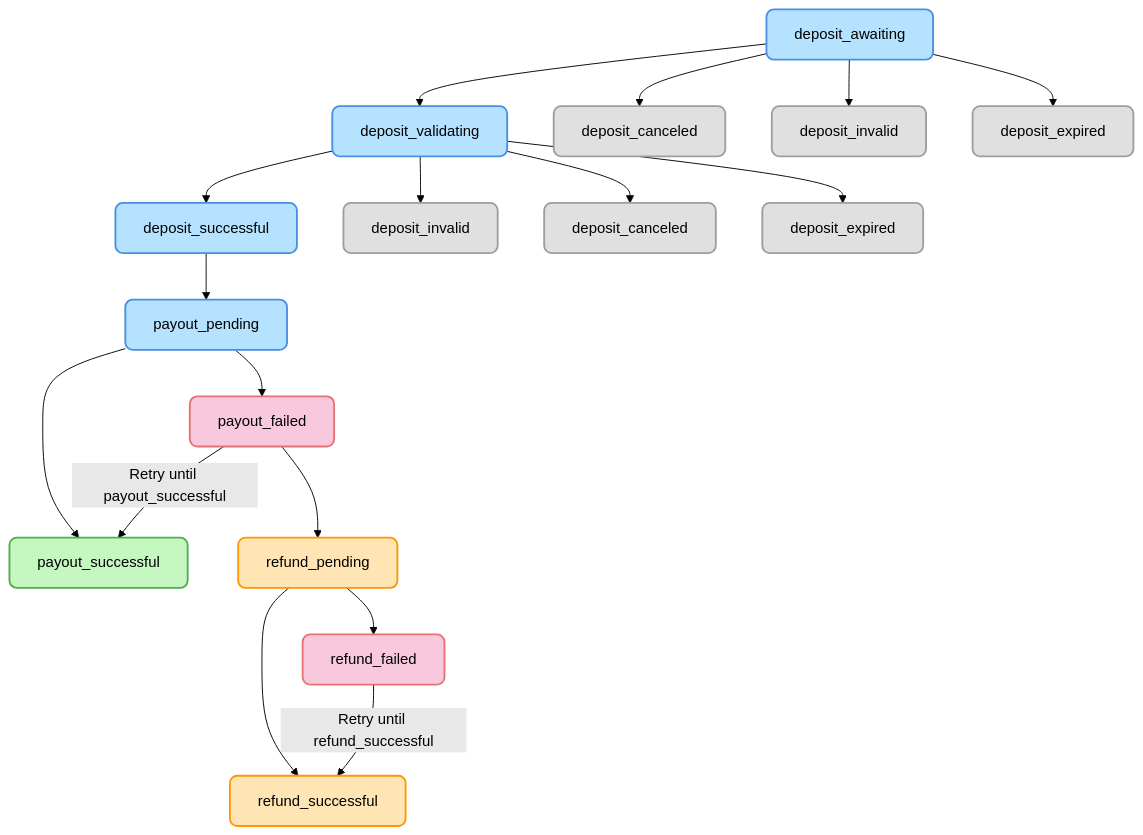
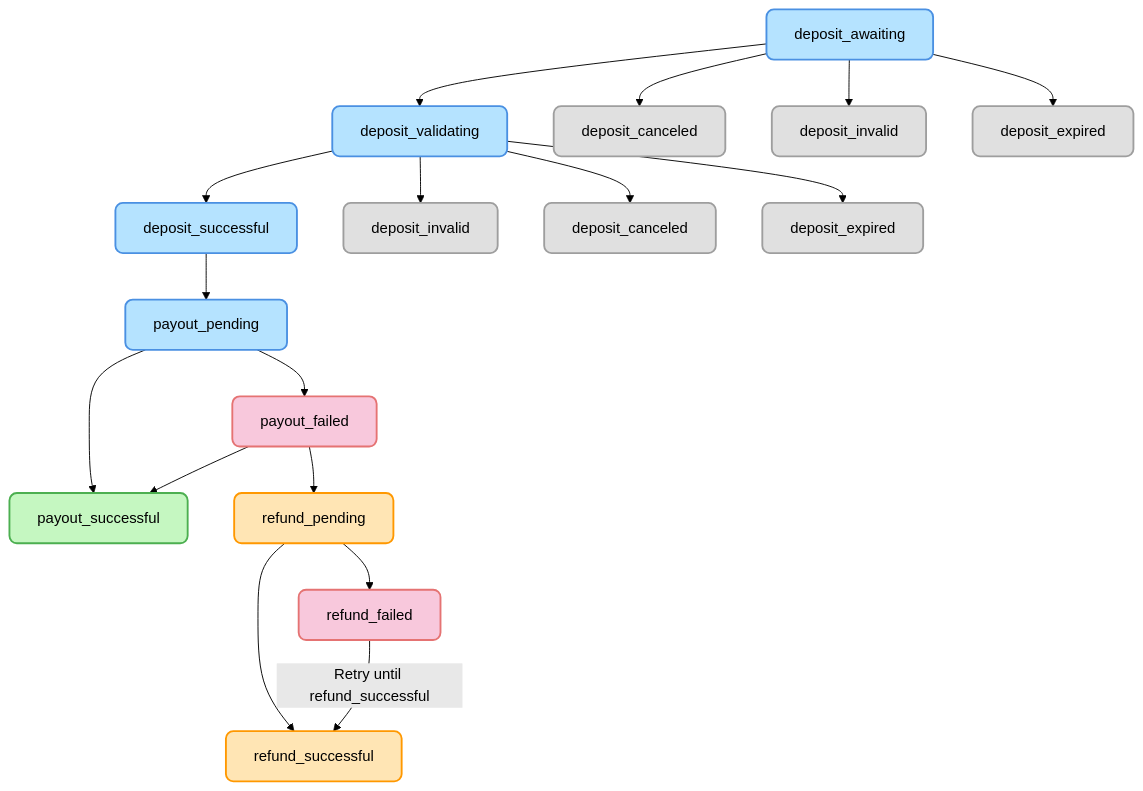
Before and after one commit to fonbnk/docs: the diagram in api-v2.md, drawn with Mermaid (forest theme).

Commit message:
Delete text from payout_failed status arrow

````diff
--- a/api-v2.md
+++ b/api-v2.md
@@ -2399,32 +2399,32 @@
 ```mermaid
 flowchart TD
     %% Pastel Styles
     classDef expectedFlow fill:#B5E3FF,stroke:#4A90E2,stroke-width:2px,color:#000,rx:8px,ry:8px
     classDef payout fill:#C5F7C1,stroke:#4CAF50,stroke-width:2px,color:#000,rx:8px,ry:8px
     classDef refund fill:#FFE5B4,stroke:#FF9800,stroke-width:2px,color:#000,rx:8px,ry:8px
     classDef fail fill:#F8C8DC,stroke:#E57373,stroke-width:2px,color:#000,rx:8px,ry:8px
     classDef terminal fill:#E0E0E0,stroke:#9E9E9E,stroke-width:2px,color:#000,rx:8px,ry:8px
 
     %% Deposit states
     A[deposit_awaiting]:::expectedFlow --> B[deposit_validating]:::expectedFlow
     A --> E2[deposit_canceled]:::terminal
     A --> D2[deposit_invalid]:::terminal
     A --> F2[deposit_expired]:::terminal
     B --> C[deposit_successful]:::expectedFlow
     B --> D[deposit_invalid]:::terminal
     B --> E[deposit_canceled]:::terminal
     B --> F[deposit_expired]:::terminal
 
     %% Payout states
     C --> G[payout_pending]:::expectedFlow
     G --> H[payout_successful]:::payout
     G --> J[payout_failed]:::fail
-    J --> |Retry until payout_successful| H
+    J --> H
     
 
     %% Refund states
     J --> K[refund_pending]:::refund
     K --> L[refund_successful]:::refund
     K --> M[refund_failed]:::fail
     M --> |Retry until refund_successful| L
 ```
````
